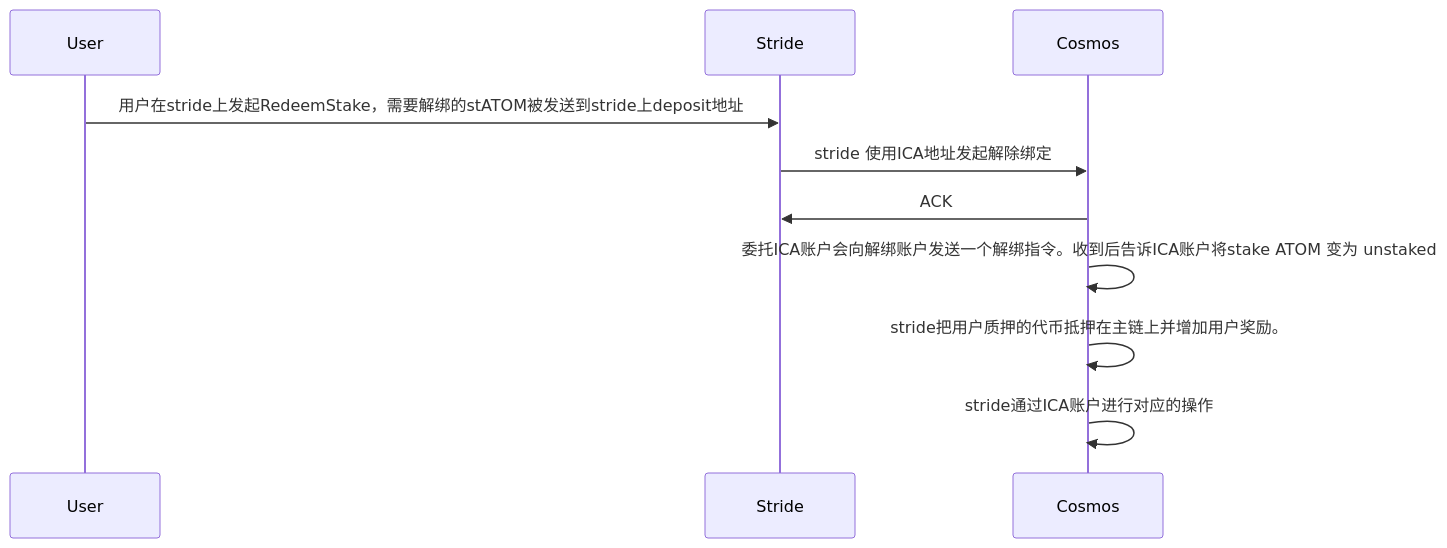
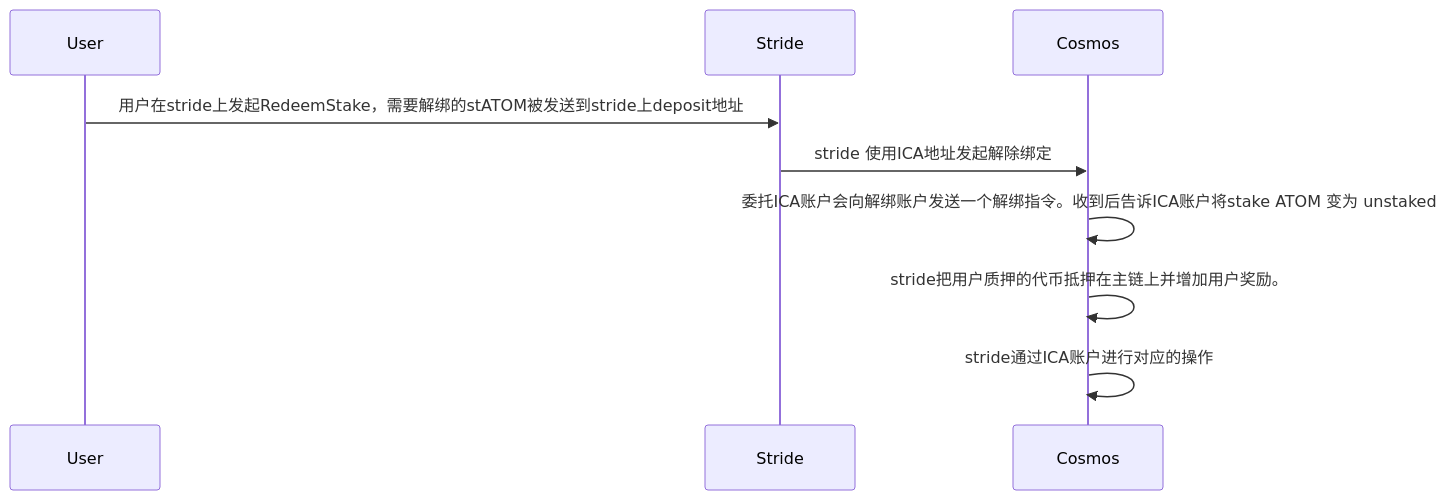
The diagram in all/unbonding.md (yingjianzh/iodraw-files), drawn with Mermaid before and after one commit.

Commit message:
2024-03-28 15:31:43 update

````diff
--- a/all/unbonding.md
+++ b/all/unbonding.md
@@ -1,9 +1,9 @@
 ```mermaid
 sequenceDiagram
     User->>Stride: 用户在stride上发起RedeemStake，需要解绑的stATOM被发送到stride上deposit地址
     Stride->>Cosmos: stride 使用ICA地址发起解除绑定
-    Cosmos->>Stride: ACK
+
     Cosmos->>Cosmos: 委托ICA账户会向解绑账户发送一个解绑指令。收到后告诉ICA账户将stake ATOM 变为 unstaked
     Cosmos->>Cosmos: stride把用户质押的代币抵押在主链上并增加用户奖励。
     Cosmos->>Cosmos: stride通过ICA账户进行对应的操作
 ```
````
